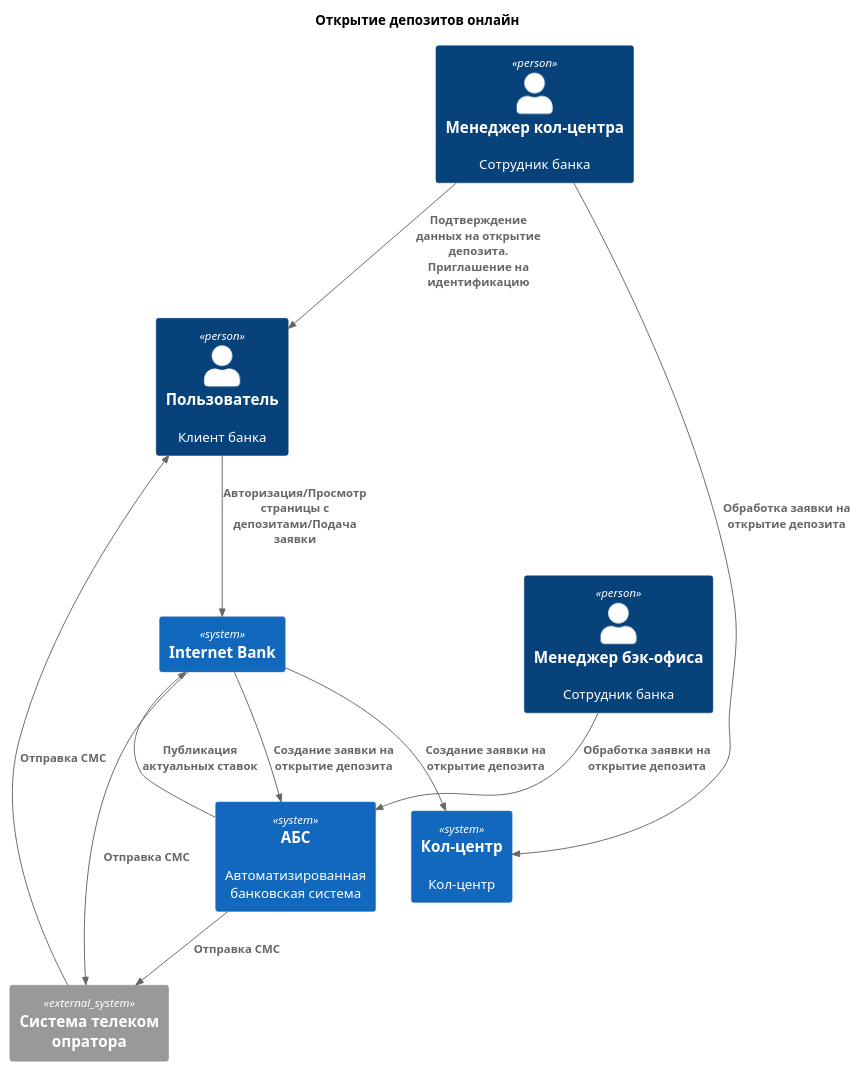
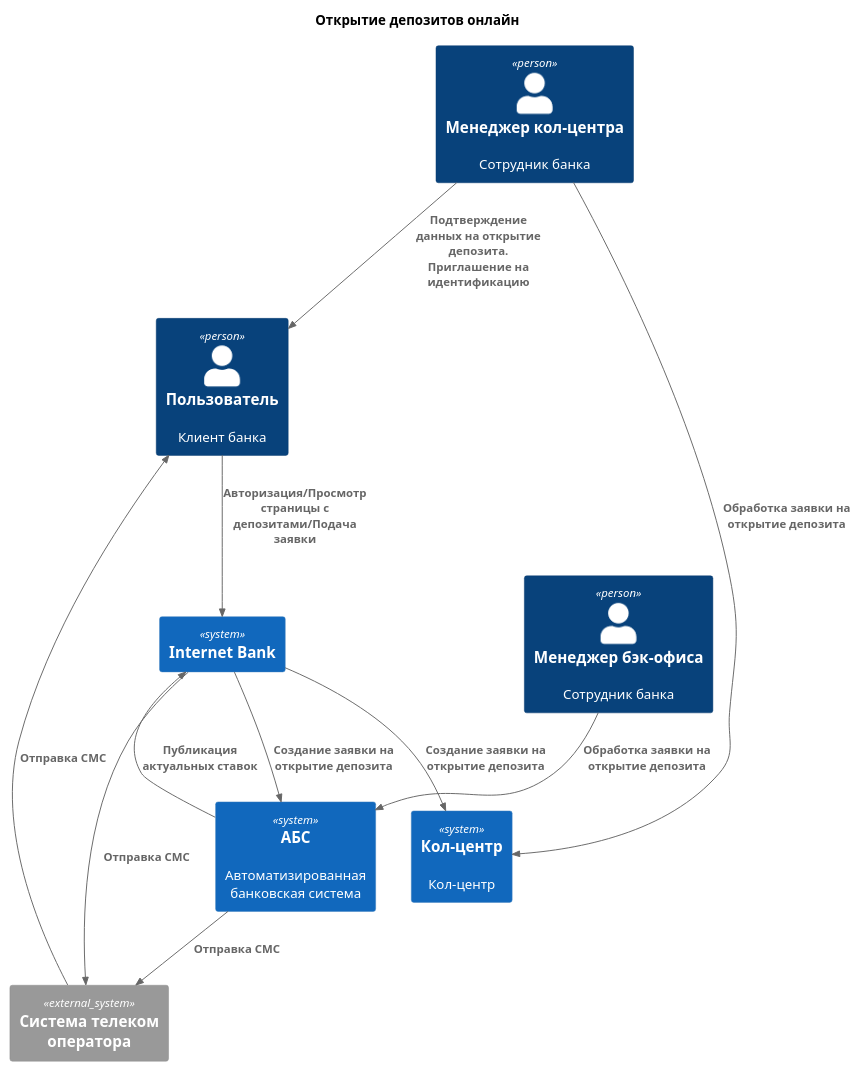
One commit to belyaev-a-g/architecture-standart changed the diagram in Task_3/c4_context.puml. Above: the diagram before and after it, drawn with PlantUML.

```diff
--- a/Task_3/c4_context.puml
+++ b/Task_3/c4_context.puml
@@ -1,28 +1,28 @@
 @startuml
 !include <C4/C4_Context>
 
 title Открытие депозитов онлайн
 
 Person(user, "Пользователь", "Клиент банка")
 Person(backManager, "Менеджер бэк-офиса", "Сотрудник банка")
 Person(callManager, "Менеджер кол-центра", "Сотрудник банка")
 
 System(internetBank, "Internet Bank")
 System(abs, "АБС", "Автоматизированная банковская система")
 System(callCentre, "Кол-центр", "Кол-центр")
 
-System_Ext(telecom, "Система телеком опратора")
+System_Ext(telecom, "Система телеком опeратора")
 
 Rel(user, internetBank, "Авторизация/Просмотр страницы с депозитами/Подача заявки")
 Rel(internetBank, telecom, "Отправка СМС")
 Rel(abs, telecom, "Отправка СМС")
 Rel(telecom, user, "Отправка СМС")
 
 Rel(abs, internetBank, "Публикация актуальных ставок")
 Rel(internetBank, abs, "Создание заявки на открытие депозита")
 Rel(internetBank, callCentre, "Создание заявки на открытие депозита")
 Rel(backManager, abs, "Обработка заявки на открытие депозита")
 Rel(callManager, callCentre, "Обработка заявки на открытие депозита")
 Rel(callManager, user, "Подтверждение данных на открытие депозита. Приглашение на идентификацию")
 
 @enduml
```
